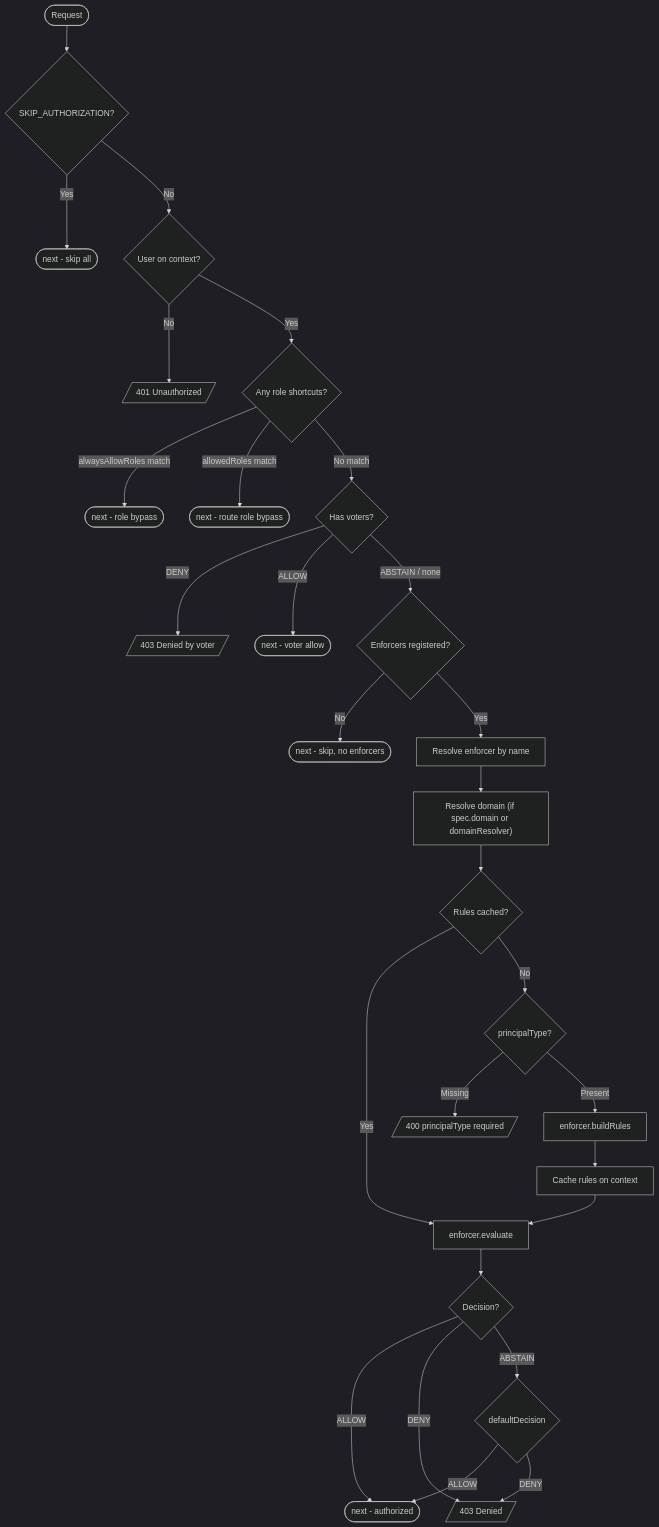
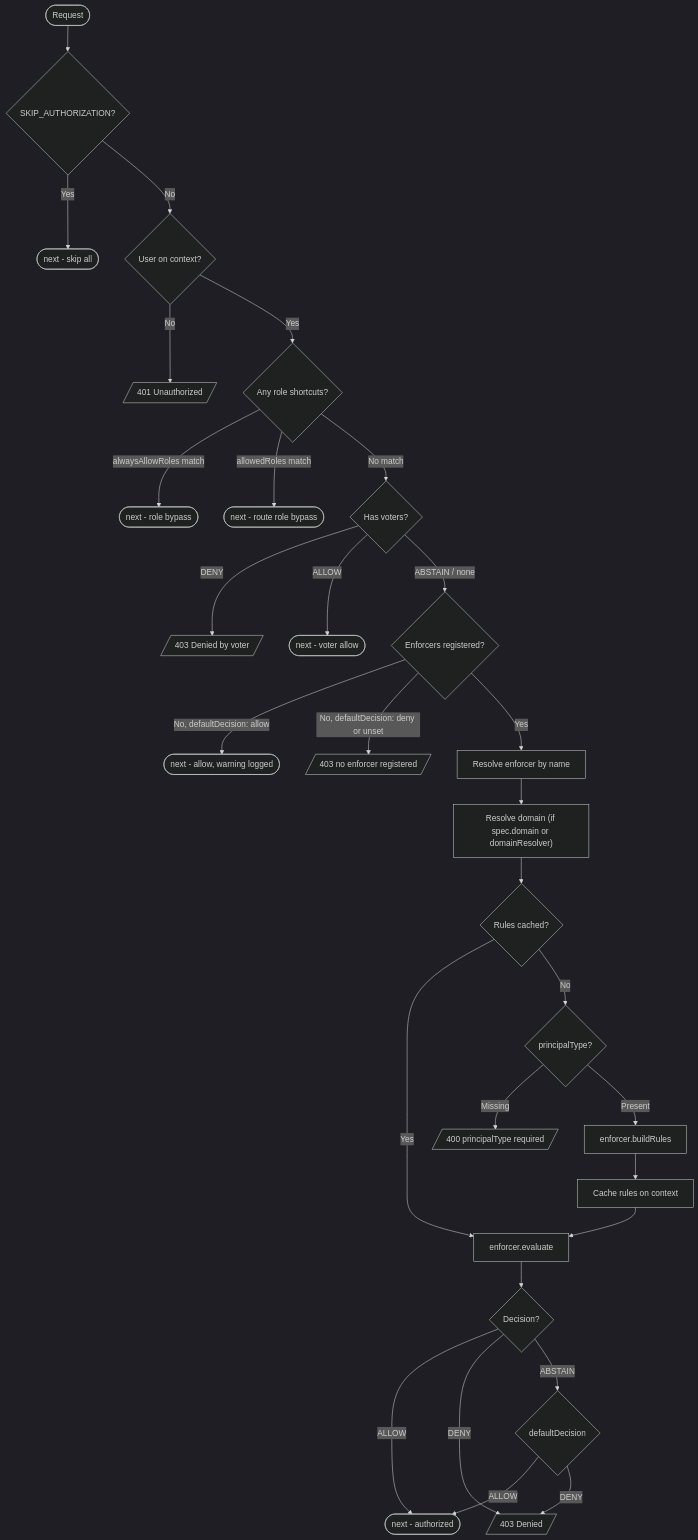
Before and after one commit to VENIZIA-AI/ignis: the second of 3 diagrams in docs/wiki/content/extensions/components/authorization/api.md, drawn with Mermaid (dark theme). The commit also changed other lines of this file and 11 other files, not shown here.

````diff
--- a/docs/wiki/content/extensions/components/authorization/api.md
+++ b/docs/wiki/content/extensions/components/authorization/api.md
@@ -123,30 +123,31 @@
 ```mermaid
 flowchart TD
     Start([Request]) --> Skip{SKIP_AUTHORIZATION?}
     Skip -->|Yes| Next([next - skip all])
     Skip -->|No| User{User on context?}
     User -->|No| E401[/401 Unauthorized/]
     User -->|Yes| Roles{Any role shortcuts?}
     Roles -->|alwaysAllowRoles match| Next2([next - role bypass])
     Roles -->|allowedRoles match| Next3([next - route role bypass])
     Roles -->|No match| Voters{Has voters?}
     Voters -->|DENY| E403a[/403 Denied by voter/]
     Voters -->|ALLOW| Next4([next - voter allow])
     Voters -->|ABSTAIN / none| HasEnforcers{Enforcers registered?}
-    HasEnforcers -->|No| Next6([next - skip, no enforcers])
+    HasEnforcers -->|No, defaultDecision: allow| Next6([next - allow, warning logged])
+    HasEnforcers -->|No, defaultDecision: deny or unset| E403c[/403 no enforcer registered/]
     HasEnforcers -->|Yes| Resolve[Resolve enforcer by name]
     Resolve --> ResolveDomain["Resolve domain (if spec.domain or domainResolver)"]
     ResolveDomain --> Cache{Rules cached?}
     Cache -->|Yes| Evaluate
     Cache -->|No| PType{principalType?}
     PType -->|Missing| E400[/400 principalType required/]
     PType -->|Present| Build[enforcer.buildRules]
     Build --> CacheSet[Cache rules on context]
     CacheSet --> Evaluate[enforcer.evaluate]
     Evaluate --> Decision{Decision?}
     Decision -->|ALLOW| Next5([next - authorized])
     Decision -->|DENY| E403b[/403 Denied/]
     Decision -->|ABSTAIN| Default{defaultDecision}
     Default -->|ALLOW| Next5
     Default -->|DENY| E403b
 ```
````
